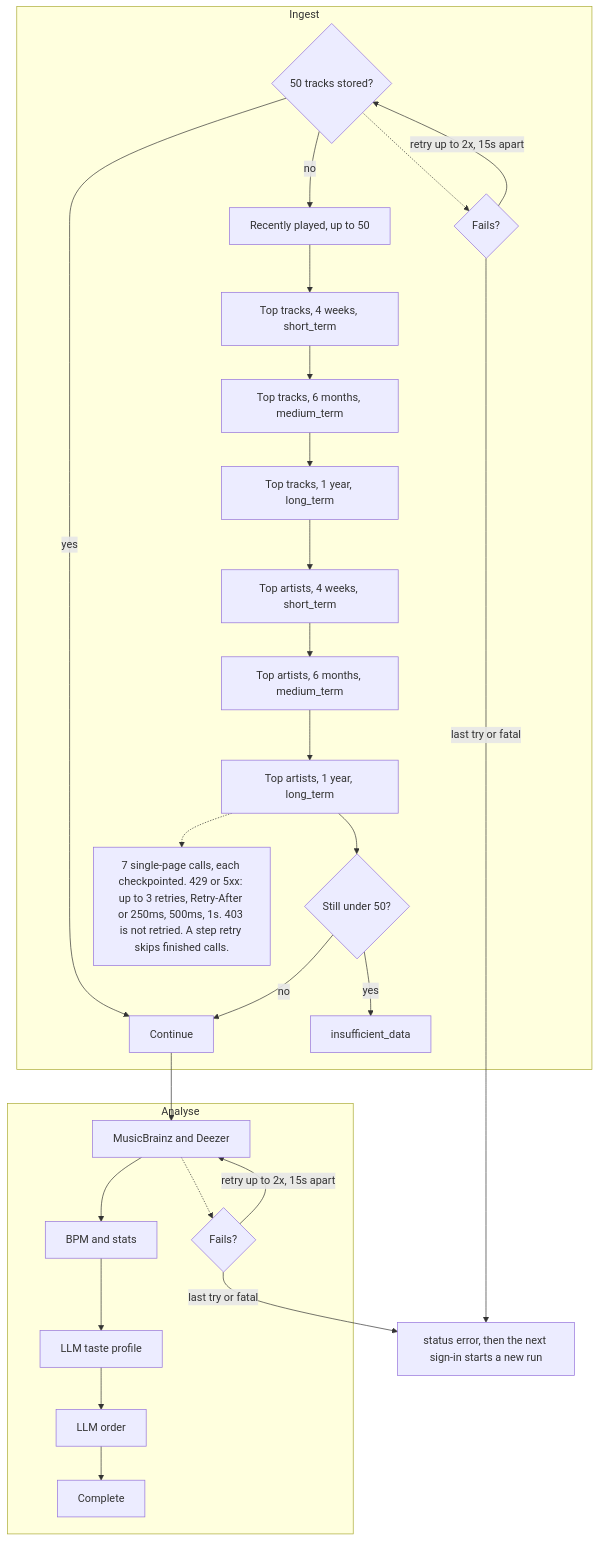
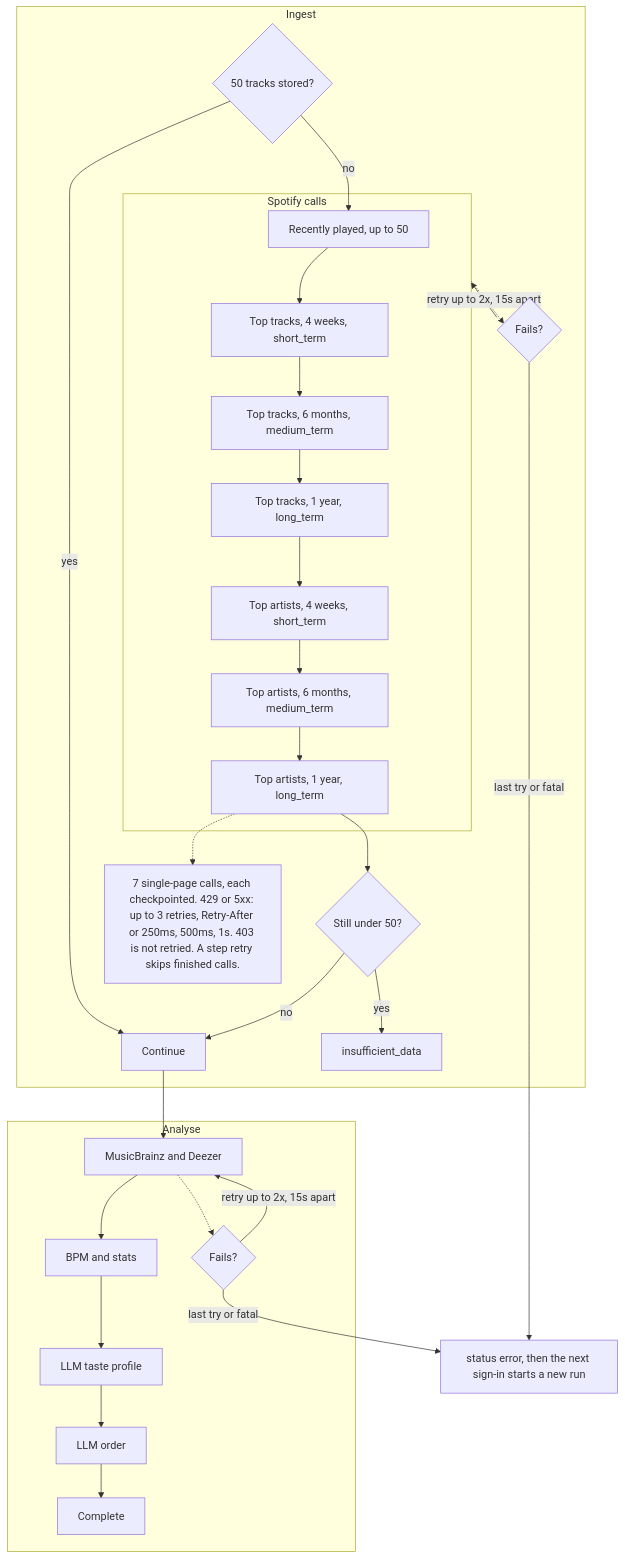
Before and after one commit to laurence-presland/spotdonalds: the second of 3 diagrams in docs/architecture/README.md, drawn with Mermaid. The commit also changed 3 other files, not shown here.

First line of the commit message:
Group the Spotify calls and retry that group as one step.

````diff
--- a/docs/architecture/README.md
+++ b/docs/architecture/README.md
@@ -48,30 +48,33 @@
 ```mermaid
 flowchart TD
   subgraph ingest["Ingest"]
     count{"50 tracks stored?"} -->|yes| go["Continue"]
-    count -->|no| recent["Recently played, up to 50"]
-    recent --> ttShort["Top tracks, 4 weeks, short_term"]
-    ttShort --> ttMed["Top tracks, 6 months, medium_term"]
-    ttMed --> ttLong["Top tracks, 1 year, long_term"]
-    ttLong --> taShort["Top artists, 4 weeks, short_term"]
-    taShort --> taMed["Top artists, 6 months, medium_term"]
-    taMed --> taLong["Top artists, 1 year, long_term"]
+    count -->|no| recent
+    subgraph spotify["Spotify calls"]
+      recent["Recently played, up to 50"]
+      recent --> ttShort["Top tracks, 4 weeks, short_term"]
+      ttShort --> ttMed["Top tracks, 6 months, medium_term"]
+      ttMed --> ttLong["Top tracks, 1 year, long_term"]
+      ttLong --> taShort["Top artists, 4 weeks, short_term"]
+      taShort --> taMed["Top artists, 6 months, medium_term"]
+      taMed --> taLong["Top artists, 1 year, long_term"]
+    end
     taLong --> still{"Still under 50?"}
     still -->|yes| short["insufficient_data"]
     still -->|no| go
-    count -.-> iFail{"Fails?"}
-    iFail -->|retry up to 2x, 15s apart| count
+    spotify -.-> iFail{"Fails?"}
+    iFail -->|retry up to 2x, 15s apart| spotify
     taLong -.-> calls["7 single-page calls, each checkpointed. 429 or 5xx: up to 3 retries, Retry-After or 250ms, 500ms, 1s. 403 is not retried. A step retry skips finished calls."]
   end
   go --> enrich
   subgraph analyse["Analyse"]
     enrich["MusicBrainz and Deezer"] --> stats["BPM and stats"]
     stats --> profile["LLM taste profile"]
     profile --> order["LLM order"]
     order --> done["Complete"]
     enrich -.-> aFail{"Fails?"}
     aFail -->|retry up to 2x, 15s apart| enrich
   end
   iFail -->|last try or fatal| err["status error, then the next sign-in starts a new run"]
   aFail -->|last try or fatal| err
 ```
````
